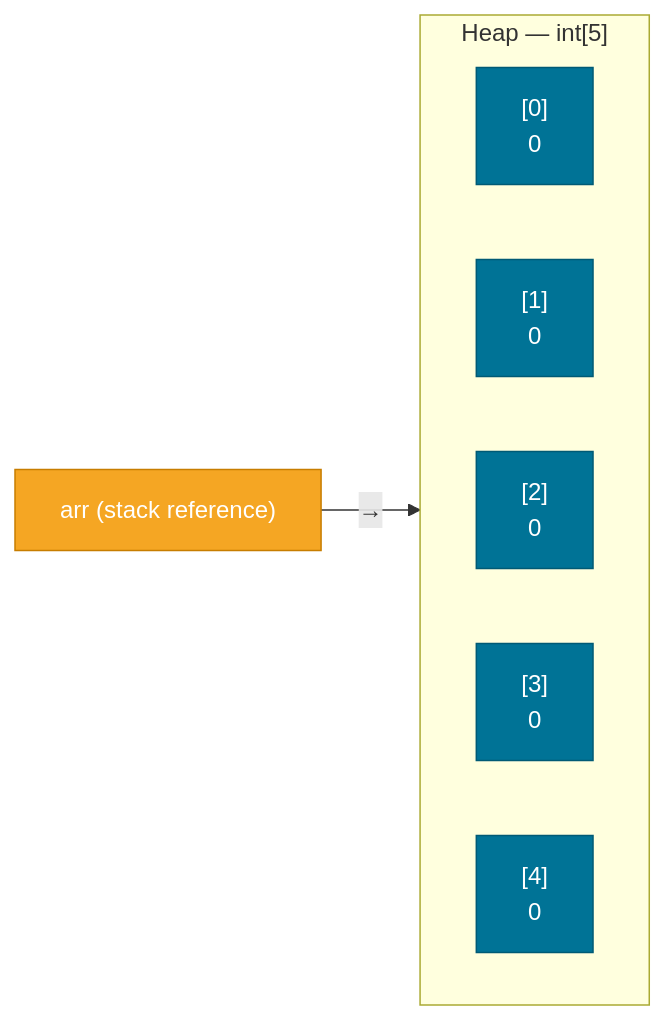
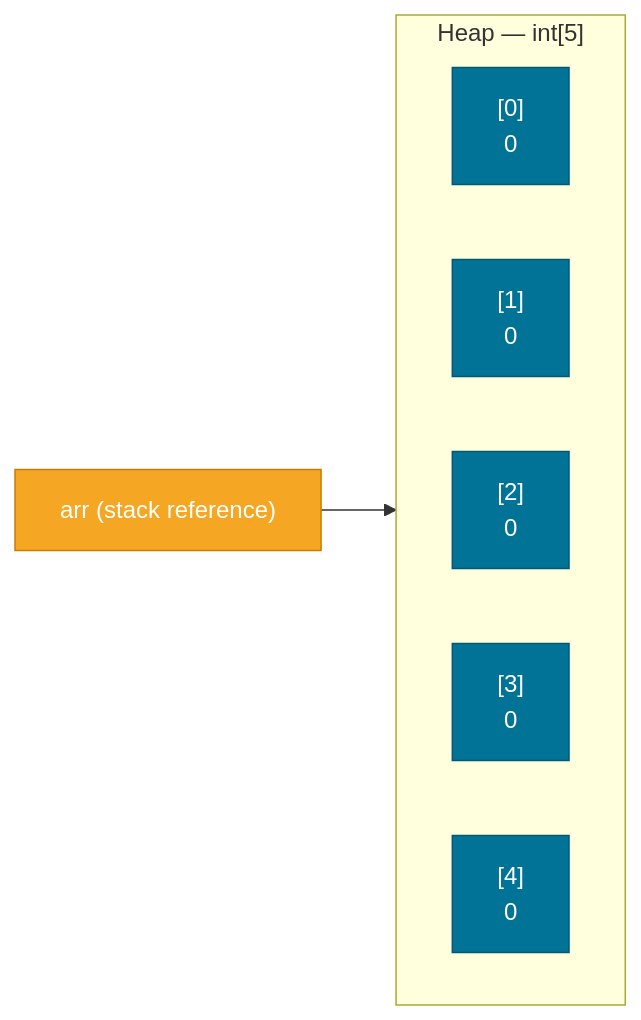
Before and after one commit to dileep-hegde/become-java-springboot-expert-ai: the diagram in docs/java/core-java/arrays.md, drawn with Mermaid. The commit also changed 6 other files, not shown here.

````diff
--- a/docs/java/core-java/arrays.md
+++ b/docs/java/core-java/arrays.md
@@ -46,18 +46,18 @@
 ```mermaid
 flowchart LR
-  REF["arr (stack reference)"] -- "&rarr;" --> HEAP
+  REF["arr (stack reference)"] --> HEAP
 
   subgraph HEAP["Heap — int[5]"]
     direction LR
-    E0["[0]\n0"]
-    E1["[1]\n0"]
-    E2["[2]\n0"]
-    E3["[3]\n0"]
-    E4["[4]\n0"]
+    E0["[0]<br/>0"]
+    E1["[1]<br/>0"]
+    E2["[2]<br/>0"]
+    E3["[3]<br/>0"]
+    E4["[4]<br/>0"]
   end
 
   classDef jvmClass fill:#007396,color:#fff,stroke:#005a75
   classDef userClass fill:#f5a623,color:#fff,stroke:#c77d00
   class E0,E1,E2,E3,E4 jvmClass
   class REF userClass
 ```
````
